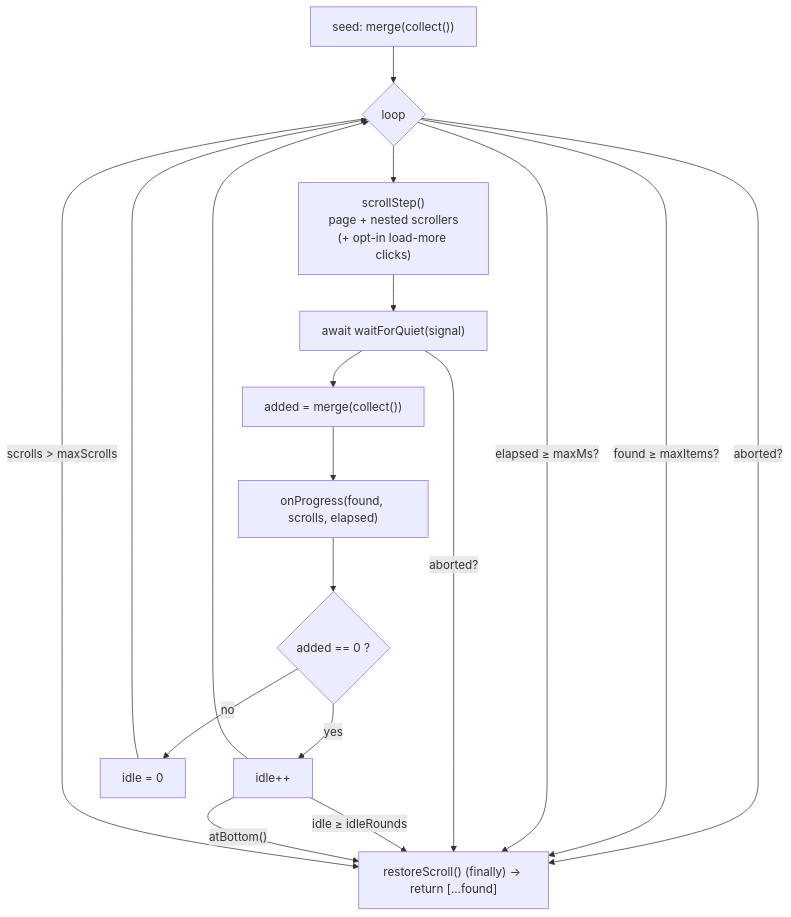
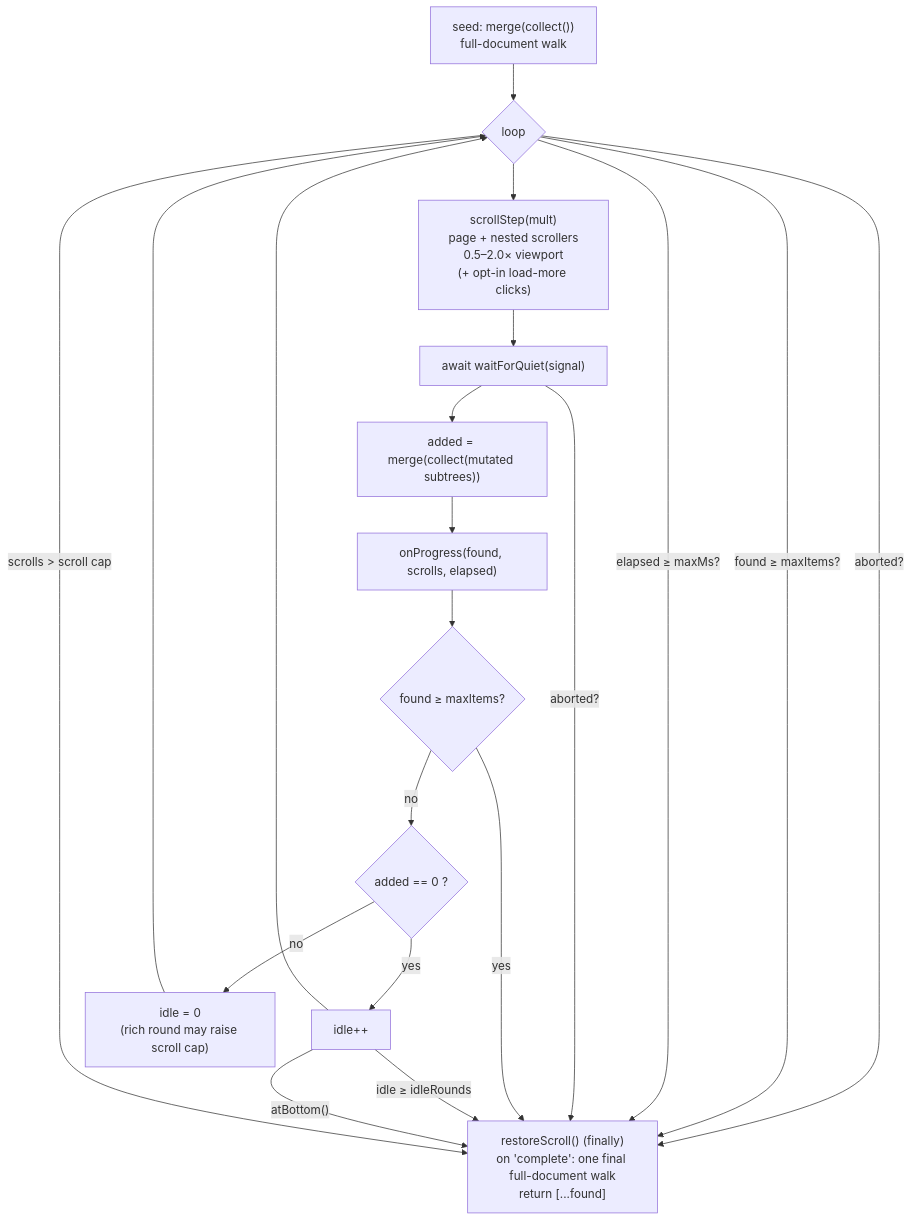
One commit to mralaminahamed/media-bulk-downloads changed the third of 3 diagrams in docs/guides/deep-scan.md. Above: the diagram before and after it, drawn with Mermaid. The commit also changed other lines of this file and 2 other files, not shown here.

````diff
--- a/docs/guides/deep-scan.md
+++ b/docs/guides/deep-scan.md
@@ -75,20 +80,22 @@
 ```mermaid
 flowchart TB
-  SEED["seed: merge(collect())"] --> LOOP{"loop"}
+  SEED["seed: merge(collect())<br/>full-document walk"] --> LOOP{"loop"}
   LOOP -->|"aborted?"| STOP
   LOOP -->|"found ≥ maxItems?"| STOP
   LOOP -->|"elapsed ≥ maxMs?"| STOP
-  LOOP --> SCROLL["scrollStep()<br/>page + nested scrollers<br/>(+ opt-in load-more clicks)"]
+  LOOP --> SCROLL["scrollStep(mult)<br/>page + nested scrollers<br/>0.5–2.0× viewport<br/>(+ opt-in load-more clicks)"]
   SCROLL --> WAIT["await waitForQuiet(signal)"]
   WAIT -->|"aborted?"| STOP
-  WAIT --> MERGE["added = merge(collect())"]
+  WAIT --> MERGE["added = merge(collect(mutated subtrees))"]
   MERGE --> PROG["onProgress(found, scrolls, elapsed)"]
-  PROG --> CHK{"added == 0 ?"}
+  PROG --> MI{"found ≥ maxItems?"}
+  MI -->|"yes"| STOP
+  MI -->|"no"| CHK{"added == 0 ?"}
   CHK -->|"yes"| IDLE["idle++"]
   IDLE -->|"idle ≥ idleRounds"| STOP
   IDLE -->|"atBottom()"| STOP
   IDLE --> LOOP
-  CHK -->|"no"| RESET["idle = 0"] --> LOOP
-  LOOP -->|"scrolls > maxScrolls"| STOP
-  STOP["restoreScroll() (finally) → return [...found]"]
+  CHK -->|"no"| RESET["idle = 0<br/>(rich round may raise scroll cap)"] --> LOOP
+  LOOP -->|"scrolls > scroll cap"| STOP
+  STOP["restoreScroll() (finally)<br/>on 'complete': one final full-document walk<br/>return [...found]"]
 ```
````
